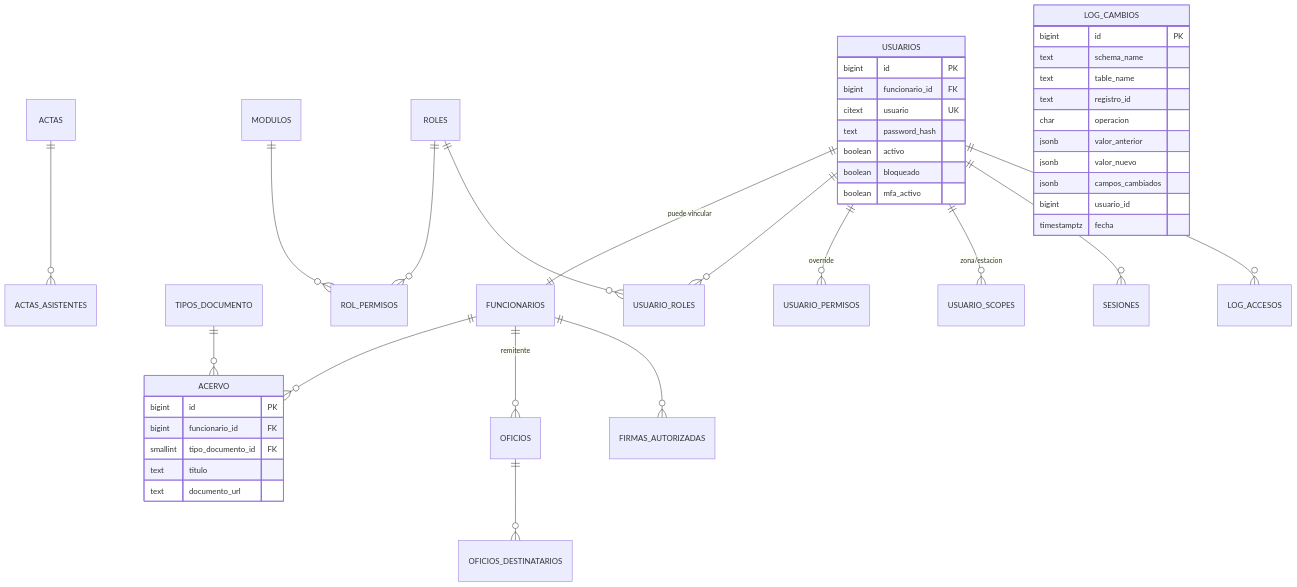
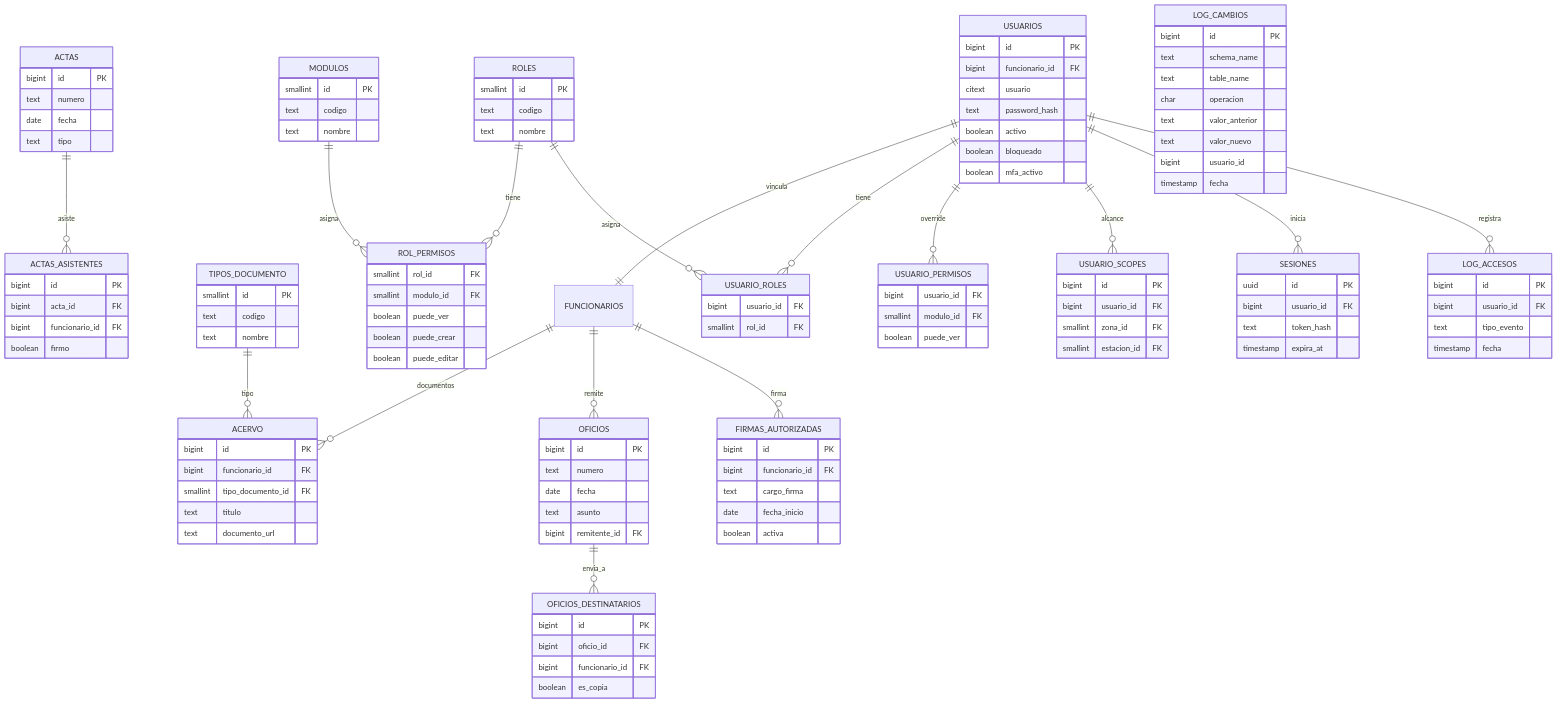
Before and after one commit to darvinh12/bomberos-sc: the eighth of 8 diagrams in docs/ER.md, drawn with Mermaid. The commit also changed other lines of this file, not shown here.

Commit message:
fix(docs): ER.md compatible con renderer Mermaid de GitHub

````diff
--- a/docs/ER.md
+++ b/docs/ER.md
@@ -542,30 +750,67 @@
 ```mermaid
 erDiagram
-    FUNCIONARIOS ||--o{ ACERVO : ""
-    TIPOS_DOCUMENTO ||--o{ ACERVO : ""
-    FUNCIONARIOS ||--o{ OFICIOS : remitente
-    OFICIOS ||--o{ OFICIOS_DESTINATARIOS : ""
-    ACTAS ||--o{ ACTAS_ASISTENTES : ""
-    FUNCIONARIOS ||--o{ FIRMAS_AUTORIZADAS : ""
-
-    USUARIOS ||--|| FUNCIONARIOS : "puede vincular"
-    ROLES ||--o{ ROL_PERMISOS : ""
-    MODULOS ||--o{ ROL_PERMISOS : ""
-    USUARIOS ||--o{ USUARIO_ROLES : ""
-    ROLES ||--o{ USUARIO_ROLES : ""
+    FUNCIONARIOS ||--o{ ACERVO : "documentos"
+    TIPOS_DOCUMENTO ||--o{ ACERVO : "tipo"
+    FUNCIONARIOS ||--o{ OFICIOS : "remite"
+    OFICIOS ||--o{ OFICIOS_DESTINATARIOS : "envia_a"
+    ACTAS ||--o{ ACTAS_ASISTENTES : "asiste"
+    FUNCIONARIOS ||--o{ FIRMAS_AUTORIZADAS : "firma"
+    USUARIOS ||--|| FUNCIONARIOS : "vincula"
+    ROLES ||--o{ ROL_PERMISOS : "tiene"
+    MODULOS ||--o{ ROL_PERMISOS : "asigna"
+    USUARIOS ||--o{ USUARIO_ROLES : "tiene"
+    ROLES ||--o{ USUARIO_ROLES : "asigna"
     USUARIOS ||--o{ USUARIO_PERMISOS : "override"
-    USUARIOS ||--o{ USUARIO_SCOPES : "zona/estacion"
-    USUARIOS ||--o{ SESIONES : ""
-    USUARIOS ||--o{ LOG_ACCESOS : ""
+    USUARIOS ||--o{ USUARIO_SCOPES : "alcance"
+    USUARIOS ||--o{ SESIONES : "inicia"
+    USUARIOS ||--o{ LOG_ACCESOS : "registra"
 
     USUARIOS {
         bigint id PK
         bigint funcionario_id FK
-        citext usuario UK
+        citext usuario
         text password_hash
         boolean activo
         boolean bloqueado
         boolean mfa_activo
+    }
+    ROLES {
+        smallint id PK
+        text codigo
+        text nombre
+    }
+    MODULOS {
+        smallint id PK
+        text codigo
+        text nombre
+    }
+    ROL_PERMISOS {
+        smallint rol_id FK
+        smallint modulo_id FK
+        boolean puede_ver
+        boolean puede_crear
+        boolean puede_editar
+    }
+    USUARIO_ROLES {
+        bigint usuario_id FK
+        smallint rol_id FK
+    }
+    USUARIO_PERMISOS {
+        bigint usuario_id FK
+        smallint modulo_id FK
+        boolean puede_ver
+    }
+    USUARIO_SCOPES {
+        bigint id PK
+        bigint usuario_id FK
+        smallint zona_id FK
+        smallint estacion_id FK
+    }
+    SESIONES {
+        uuid id PK
+        bigint usuario_id FK
+        text token_hash
+        timestamp expira_at
     }
     ACERVO {
         bigint id PK
@@ -574,16 +819,57 @@
         text titulo
         text documento_url
     }
+    OFICIOS {
+        bigint id PK
+        text numero
+        date fecha
+        text asunto
+        bigint remitente_id FK
+    }
+    OFICIOS_DESTINATARIOS {
+        bigint id PK
+        bigint oficio_id FK
+        bigint funcionario_id FK
+        boolean es_copia
+    }
+    ACTAS {
+        bigint id PK
+        text numero
+        date fecha
+        text tipo
+    }
+    ACTAS_ASISTENTES {
+        bigint id PK
+        bigint acta_id FK
+        bigint funcionario_id FK
+        boolean firmo
+    }
+    FIRMAS_AUTORIZADAS {
+        bigint id PK
+        bigint funcionario_id FK
+        text cargo_firma
+        date fecha_inicio
+        boolean activa
+    }
     LOG_CAMBIOS {
         bigint id PK
         text schema_name
         text table_name
-        text registro_id
         char operacion
-        jsonb valor_anterior
-        jsonb valor_nuevo
-        jsonb campos_cambiados
+        text valor_anterior
+        text valor_nuevo
         bigint usuario_id
-        timestamptz fecha
+        timestamp fecha
+    }
+    LOG_ACCESOS {
+        bigint id PK
+        bigint usuario_id FK
+        text tipo_evento
+        timestamp fecha
+    }
+    TIPOS_DOCUMENTO {
+        smallint id PK
+        text codigo
+        text nombre
     }
 ```
````
